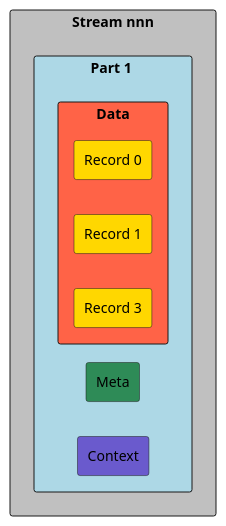
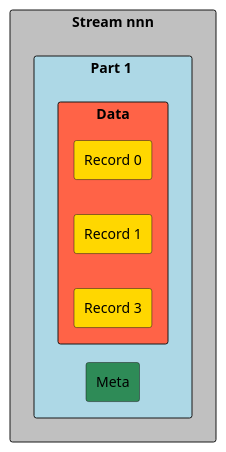
Before and after one commit to gchq/stroom-docs: the diagram in assets/images/user-guide/concepts/streams/segmented-stream.puml, drawn with PlantUML. The commit also changed 1 other file, not shown here.

Commit message:
Remove context from segmented stream in streams.md

```diff
--- a/assets/images/user-guide/concepts/streams/segmented-stream.puml
+++ b/assets/images/user-guide/concepts/streams/segmented-stream.puml
@@ -1,21 +1,19 @@
 @startuml
 left to right direction
 
 rectangle "Stream nnn" #Silver {
     rectangle "Part 1 " #LightBLue {
         rectangle "Data" #Tomato {
             rectangle "Record 0" #Gold {
             }
             rectangle "Record 1" #Gold {
             }
             rectangle "Record 3" #Gold {
             }
         }
         rectangle "Meta" #SeaGreen {
         }
-        rectangle "Context" #SlateBlue {
-        }
     }
 }
 
 @enduml
```
